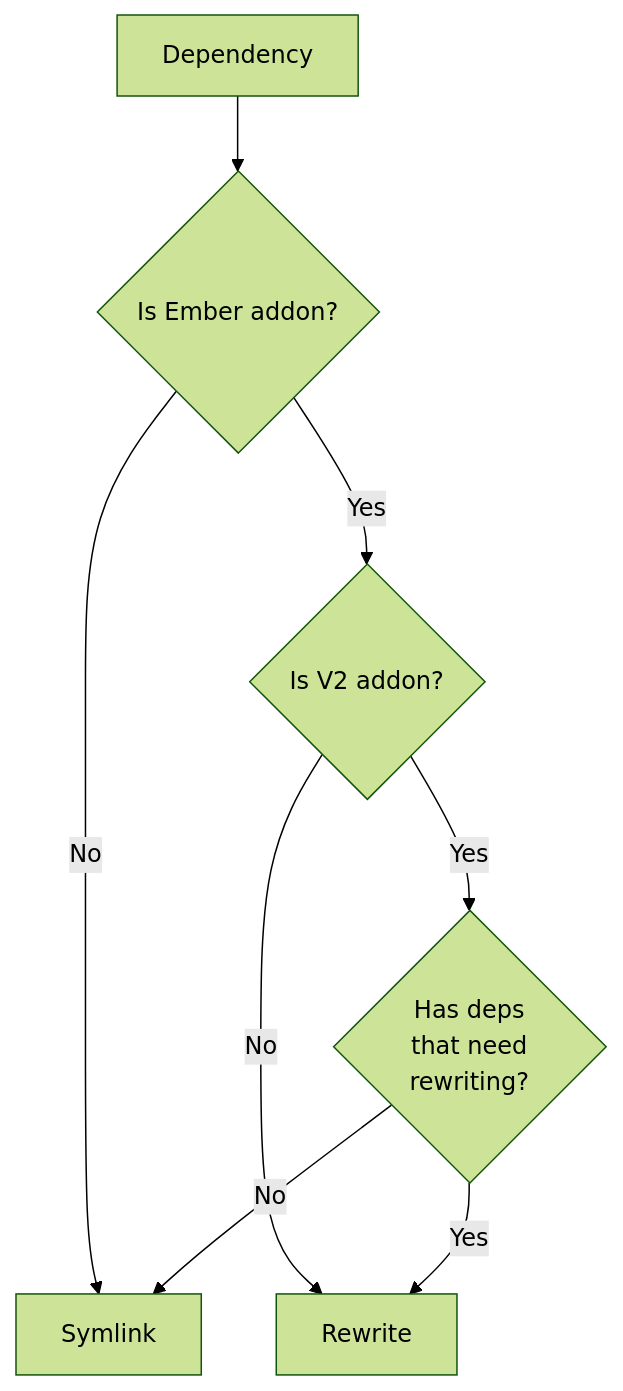
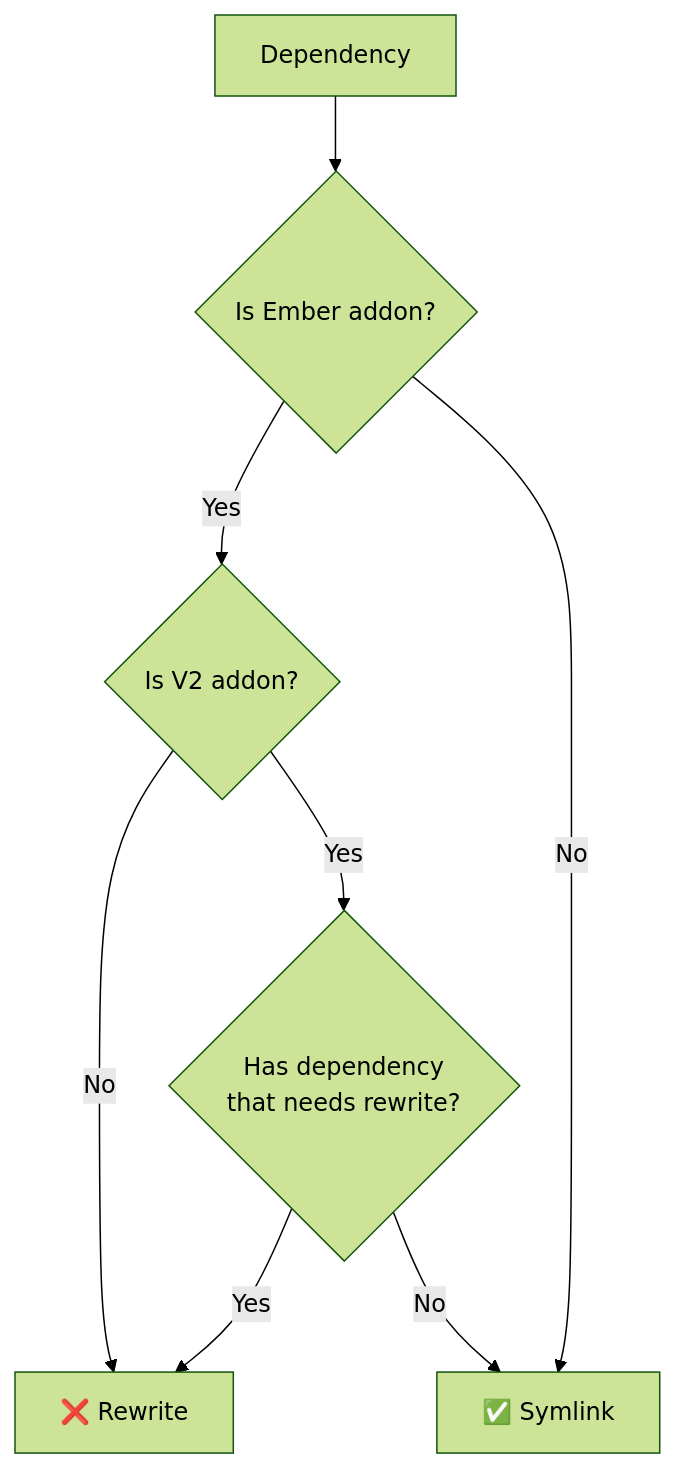
The diagram in docs/embroider-architecture-overview.md (embroider-build/embroider), drawn with Mermaid (forest theme) before and after one commit.

````diff
--- a/docs/embroider-architecture-overview.md
+++ b/docs/embroider-architecture-overview.md
@@ -132,10 +132,10 @@
 ```mermaid
 flowchart TD
     A[Dependency] --> B{Is Ember addon?}
     B -->|Yes| C{Is V2 addon?}
-    C -->|Yes| D{Has deps\nthat need\nrewriting?}
-    D -->|No| F[Symlink]
-    D -->|Yes| E[Rewrite] 
-    C -->|No| E[Rewrite]
-    B ---->|No| F[Symlink]
+    C -->|No| E["❌ Rewrite"]
+    C -->|Yes| D{Has dependency\nthat needs rewrite?}
+    D -->|Yes| E["❌ Rewrite"]
+    D -->|No| F["✅ Symlink"]
+    B -->|No| F["✅ Symlink"]
 ```
````
